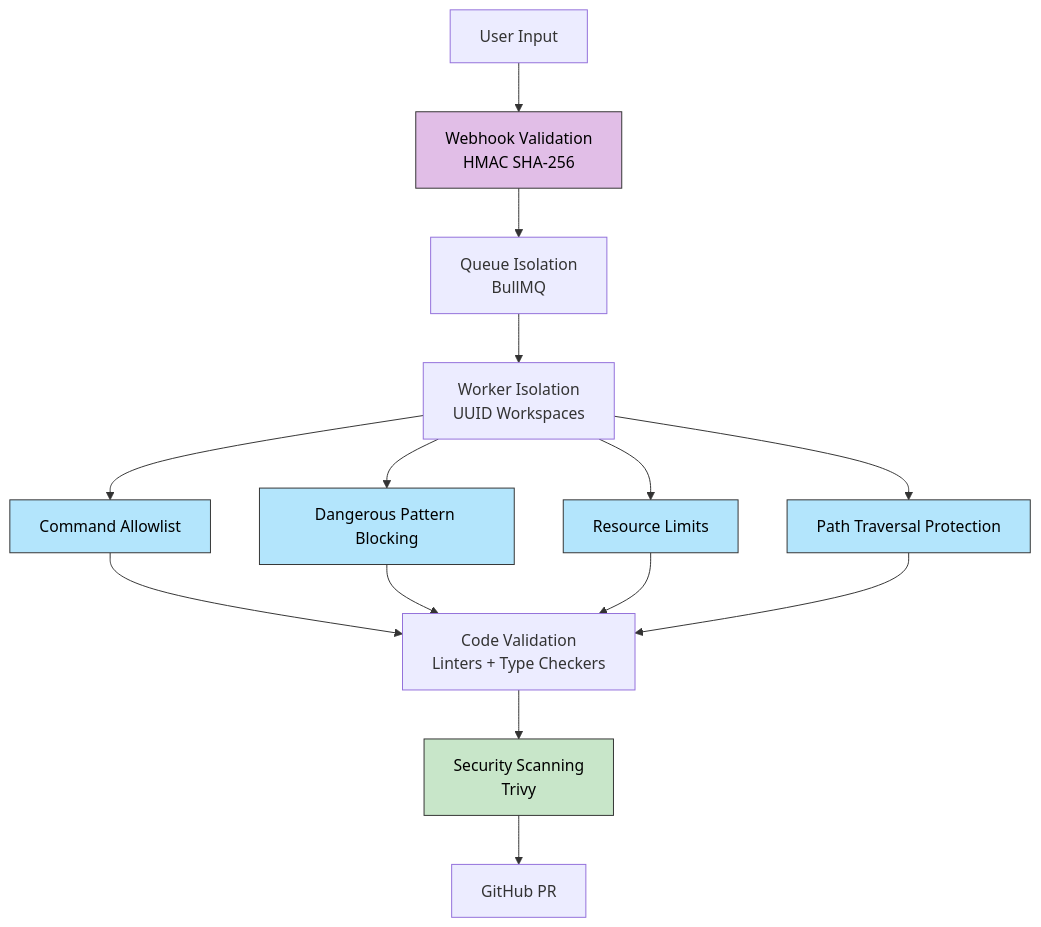
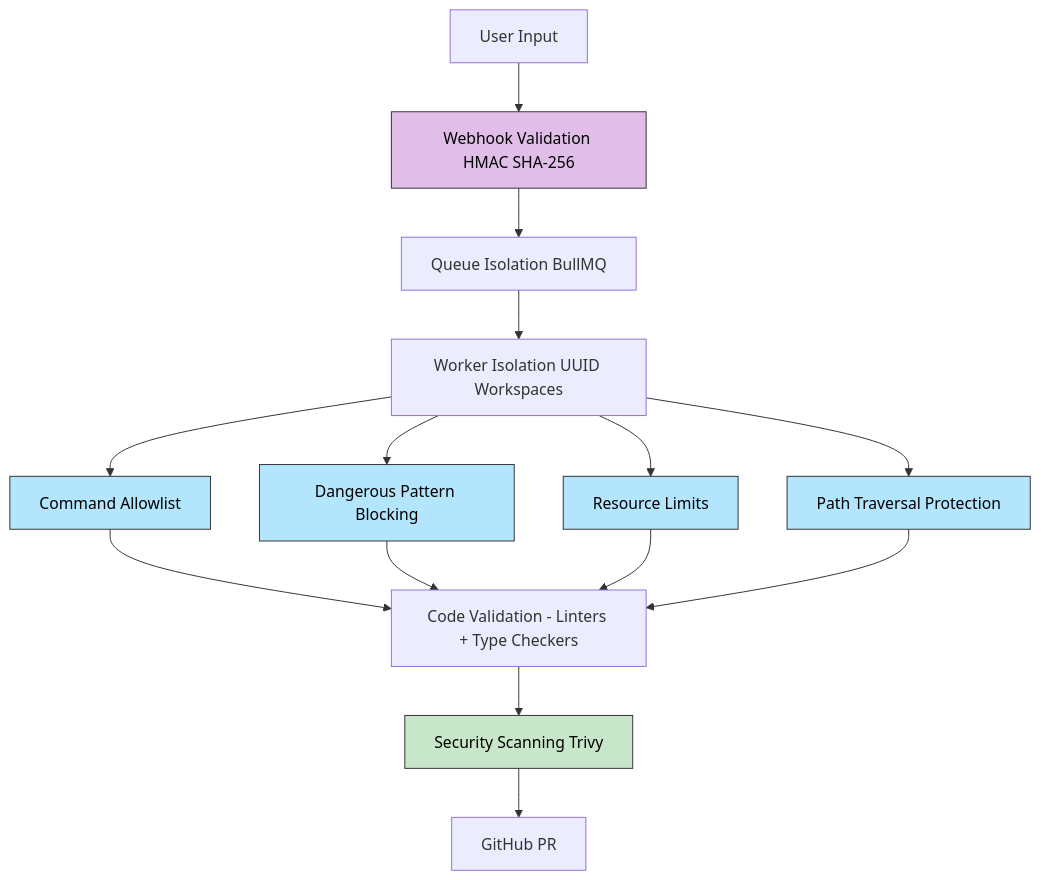
The fifth of 8 diagrams in ARCHITECTURE.md (Replikanti/ralph-platform), drawn with Mermaid before and after one commit. The commit also changed other lines of this file, not shown here.

First line of the commit message:
fix(docs): replace <br/> in mermaid flowchart node labels

````diff
--- a/ARCHITECTURE.md
+++ b/ARCHITECTURE.md
@@ -539,26 +539,26 @@
 ```mermaid
 graph TD
-    Input[User Input] --> Webhook[Webhook Validation<br/>HMAC SHA-256]
-    Webhook --> Queue[Queue Isolation<br/>BullMQ]
-    Queue --> Worker[Worker Isolation<br/>UUID Workspaces]
+    Input[User Input] --> Webhook[Webhook Validation HMAC SHA-256]
+    Webhook --> Queue[Queue Isolation BullMQ]
+    Queue --> Worker[Worker Isolation UUID Workspaces]
 
     Worker --> Commands[Command Allowlist]
     Worker --> Patterns[Dangerous Pattern Blocking]
     Worker --> Resources[Resource Limits]
     Worker --> Paths[Path Traversal Protection]
 
-    Commands --> Validation[Code Validation<br/>Linters + Type Checkers]
+    Commands --> Validation[Code Validation - Linters + Type Checkers]
     Patterns --> Validation
     Resources --> Validation
     Paths --> Validation
 
-    Validation --> Scanning[Security Scanning<br/>Trivy]
+    Validation --> Scanning[Security Scanning Trivy]
     Scanning --> GitHub[GitHub PR]
 
     style Webhook fill:#e1bee7,stroke:#333,color:#000
     style Commands fill:#b3e5fc,stroke:#333,color:#000
     style Patterns fill:#b3e5fc,stroke:#333,color:#000
     style Resources fill:#b3e5fc,stroke:#333,color:#000
     style Paths fill:#b3e5fc,stroke:#333,color:#000
     style Scanning fill:#c8e6c9,stroke:#333,color:#000
 ```
````
